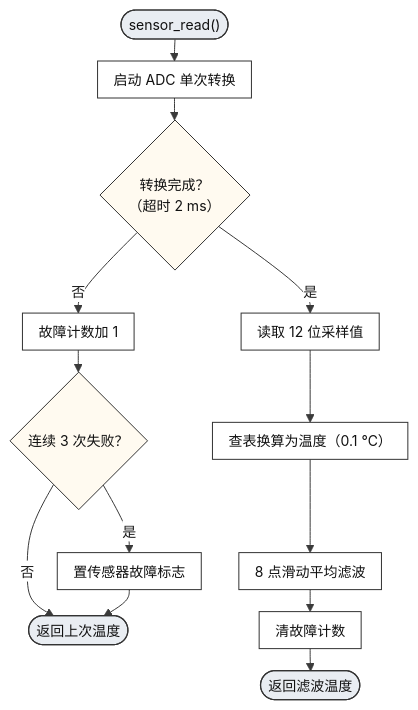
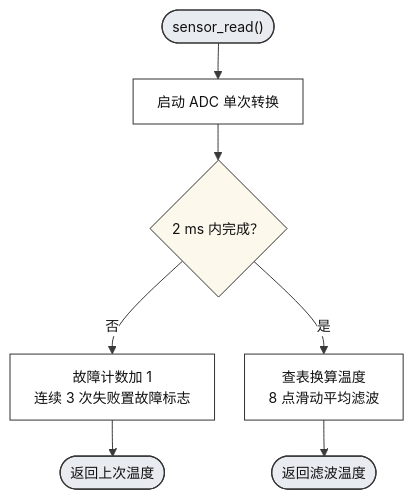
Before and after one commit to 7toCR/code2ruanzhu: the diagram in assets/example/flowcharts/02_温度采集.mmd, drawn with Mermaid. The commit also changed 50 other files, not shown here.

```diff
--- a/assets/example/flowcharts/02_温度采集.mmd
+++ b/assets/example/flowcharts/02_温度采集.mmd
@@ -1,43 +1,36 @@
 ---
 config:
   theme: base
-  fontFamily: "Microsoft YaHei, PingFang SC, Noto Sans CJK SC, sans-serif"
+  fontFamily: "Noto Sans CJK SC, Microsoft YaHei, PingFang SC, sans-serif"
   themeVariables:
     fontSize: 14px
     primaryColor: "#ffffff"
     primaryTextColor: "#1a1a1a"
     primaryBorderColor: "#333333"
     lineColor: "#3a3a3a"
-    clusterBorder: "#9aa3ad"
     edgeLabelBackground: "#ffffff"
   flowchart:
     useMaxWidth: false
     curve: basis
-    nodeSpacing: 26
-    rankSpacing: 22
-    padding: 8
+    nodeSpacing: 30
+    rankSpacing: 36
+    padding: 12
 ---
 %% 图 02 温度采集（主要代码依据：drv/sensor.c 的 sensor_read()）
 flowchart TB
-  A(["sensor_read()"]) --> B["启动 ADC 单次转换"]
-  B --> C{"转换完成？<br/>（超时 2 ms）"}
-  C -->|"否"| D["故障计数加 1"]
-  D --> E{"连续 3 次失败？"}
-  E -->|"是"| F["置传感器故障标志"]
-  E -->|"否"| Z(["返回上次温度"])
-  F --> Z
-  C -->|"是"| G["读取 12 位采样值"]
-  G --> H["查表换算为温度（0.1 ℃）"]
-  H --> I["8 点滑动平均滤波"]
-  I --> J["清故障计数"]
-  J --> Y(["返回滤波温度"])
-  classDef term fill:#e9edf2,stroke:#333,stroke-width:1.2px,color:#111
+  A(["sensor_read()"])
+  B["启动 ADC 单次转换"]
+  C{"2 ms 内完成？"}
+  D["故障计数加 1<br/>连续 3 次失败置故障标志"]
+  E["查表换算温度<br/>8 点滑动平均滤波"]
+  Y(["返回上次温度"])
+  Z(["返回滤波温度"])
+  A --> B --> C
+  C -->|否| D --> Y
+  C -->|是| E --> Z
+  class A,Y,Z term
+  class B,D,E proc
+  class C dec
+  classDef term fill:#e8ecf0,stroke:#333,stroke-width:1.2px,color:#111
   classDef proc fill:#ffffff,stroke:#333,stroke-width:1px,color:#111
-  classDef dec fill:#fffaf0,stroke:#333,stroke-width:1px,color:#111
-  classDef io fill:#eef4fb,stroke:#333,stroke-width:1px,color:#111
-  classDef sub fill:#f4f0fa,stroke:#333,stroke-width:1px,color:#111
-  classDef isr fill:#f4f0fa,stroke:#333,stroke-width:1.2px,color:#111
-  classDef join fill:#ffffff,stroke:#333,stroke-width:1px,color:#111,font-size:12px
-  class A,Z,Y term
-  class B,D,F,G,H,I,J proc
-  class C,E dec
+  classDef dec fill:#fcf8ec,stroke:#333,stroke-width:1px,color:#111
```
